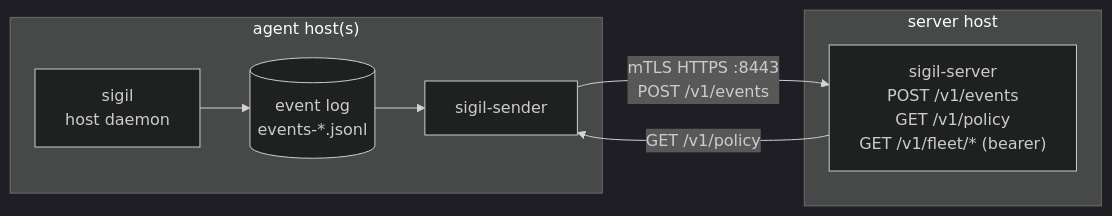
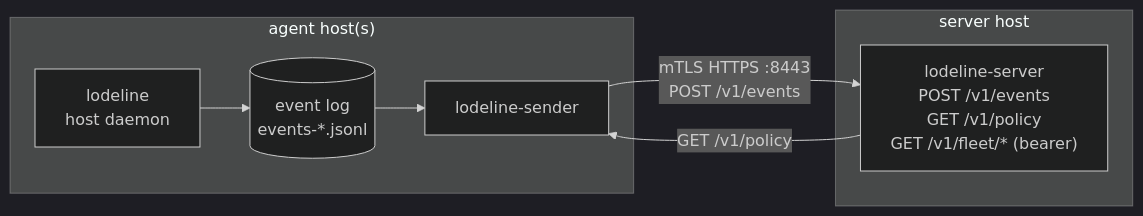
One commit to Ju571nK/lodeline changed the diagram in docs/install-server.md. Above: the diagram before and after it, drawn with Mermaid (dark theme). The commit also changed other lines of this file and 842 other files, not shown here.

First line of the commit message:
Rename Sigil to Lodeline, release 0.12.0 (#346)

````diff
--- a/docs/install-server.md
+++ b/docs/install-server.md
@@ -21,17 +21,17 @@
 ```mermaid
 flowchart LR
     subgraph agent_host["agent host(s)"]
-        sigil["sigil<br/>host daemon"]
+        lodeline["lodeline<br/>host daemon"]
         eventlog[("event log<br/>events-*.jsonl")]
-        sender["sigil-sender"]
-        sigil --> eventlog
+        sender["lodeline-sender"]
+        lodeline --> eventlog
         eventlog --> sender
     end
 
     subgraph server_host["server host"]
-        server["sigil-server<br/>POST /v1/events<br/>GET /v1/policy<br/>GET /v1/fleet/* (bearer)"]
+        server["lodeline-server<br/>POST /v1/events<br/>GET /v1/policy<br/>GET /v1/fleet/* (bearer)"]
     end
 
     sender -- "mTLS HTTPS :8443<br/>POST /v1/events" --> server
     server -- "GET /v1/policy" --> sender
 ```
````
